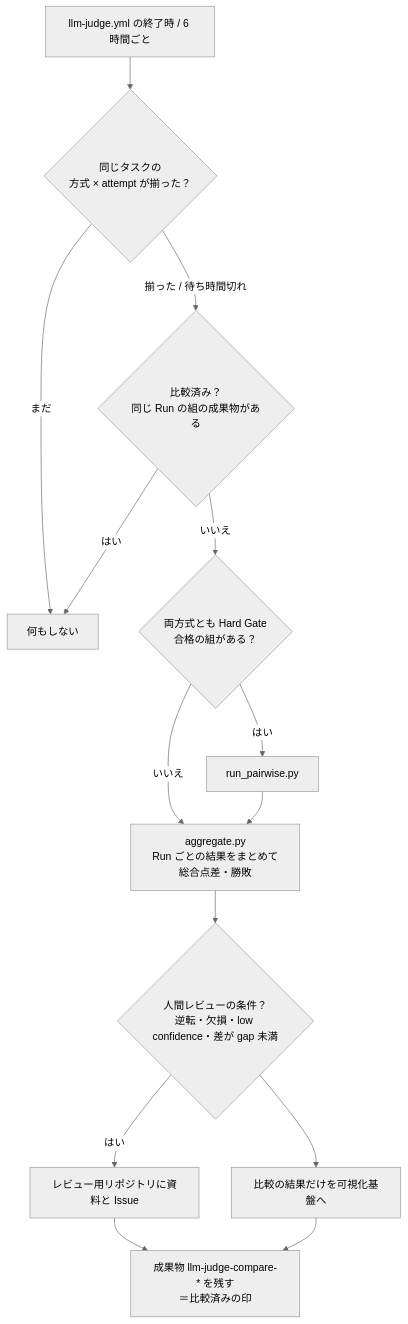
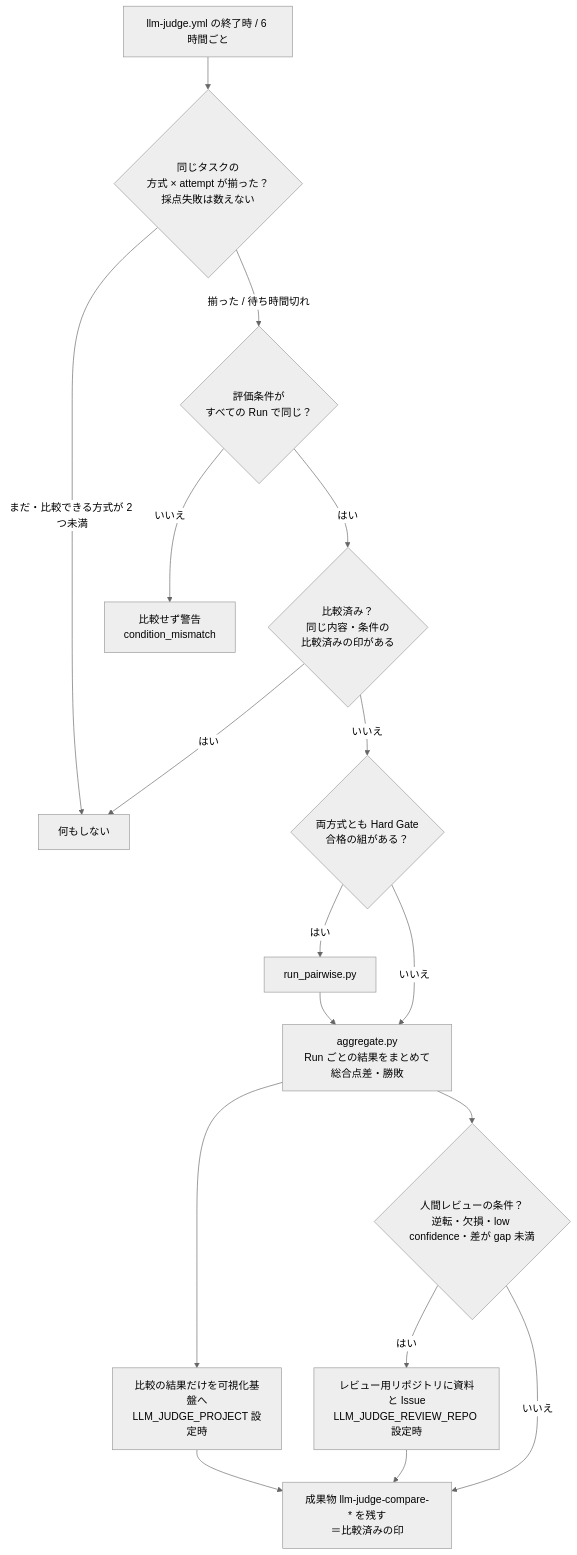
Before and after one commit to tniita/llm-judge-for-agentic-coding: the second of 3 diagrams in README.md, drawn with Mermaid (neutral theme). The commit also changed other lines of this file, not shown here.

````diff
--- a/README.md
+++ b/README.md
@@ -371,16 +331,19 @@
 ```mermaid
 flowchart TD
-  T[llm-judge.yml の終了時 / 6 時間ごと] --> C{同じタスクの<br>方式 × attempt が揃った？}
-  C -- まだ --> X[何もしない]
-  C -- 揃った / 待ち時間切れ --> D{比較済み？<br>同じ Run の組の成果物がある}
+  T[llm-judge.yml の終了時 / 6 時間ごと] --> C{同じタスクの<br>方式 × attempt が揃った？<br>採点失敗は数えない}
+  C -- まだ・比較できる方式が 2 つ未満 --> X[何もしない]
+  C -- 揃った / 待ち時間切れ --> K{評価条件が<br>すべての Run で同じ？}
+  K -- いいえ --> W[比較せず警告<br>condition_mismatch]
+  K -- はい --> D{比較済み？<br>同じ内容・条件の<br>比較済みの印がある}
   D -- はい --> X
   D -- いいえ --> Q{両方式とも Hard Gate<br>合格の組がある？}
   Q -- はい --> PW[run_pairwise.py]
   Q -- いいえ --> AG
   PW --> AG[aggregate.py<br>Run ごとの結果をまとめて総合点差・勝敗]
+  AG --> P[比較の結果だけを可視化基盤へ<br>LLM_JUDGE_PROJECT 設定時]
   AG --> R{人間レビューの条件？<br>逆転・欠損・low confidence・差が gap 未満}
-  R -- はい --> I[レビュー用リポジトリに資料と Issue]
-  R --> P[比較の結果だけを可視化基盤へ]
-  I --> M[成果物 llm-judge-compare-* を残す<br>＝比較済みの印]
-  P --> M
+  R -- はい --> I[レビュー用リポジトリに資料と Issue<br>LLM_JUDGE_REVIEW_REPO 設定時]
+  P --> M[成果物 llm-judge-compare-* を残す<br>＝比較済みの印]
+  I --> M
+  R -- いいえ --> M
 ```
````
